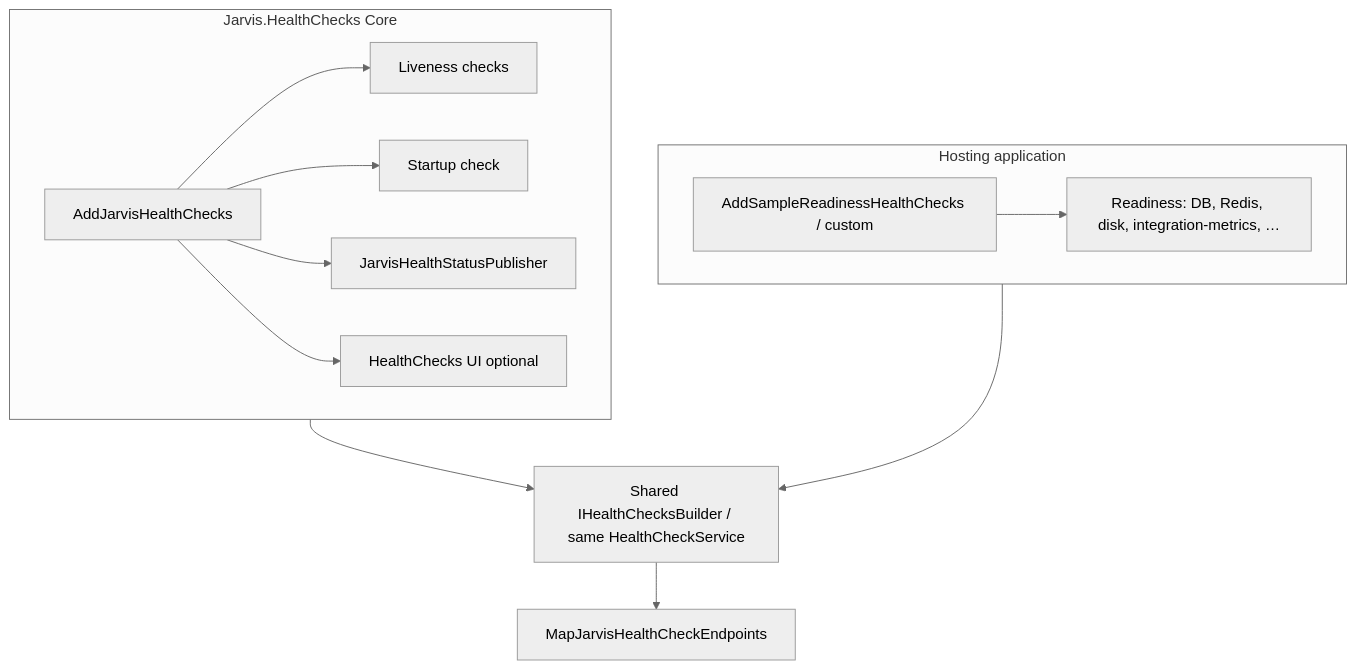
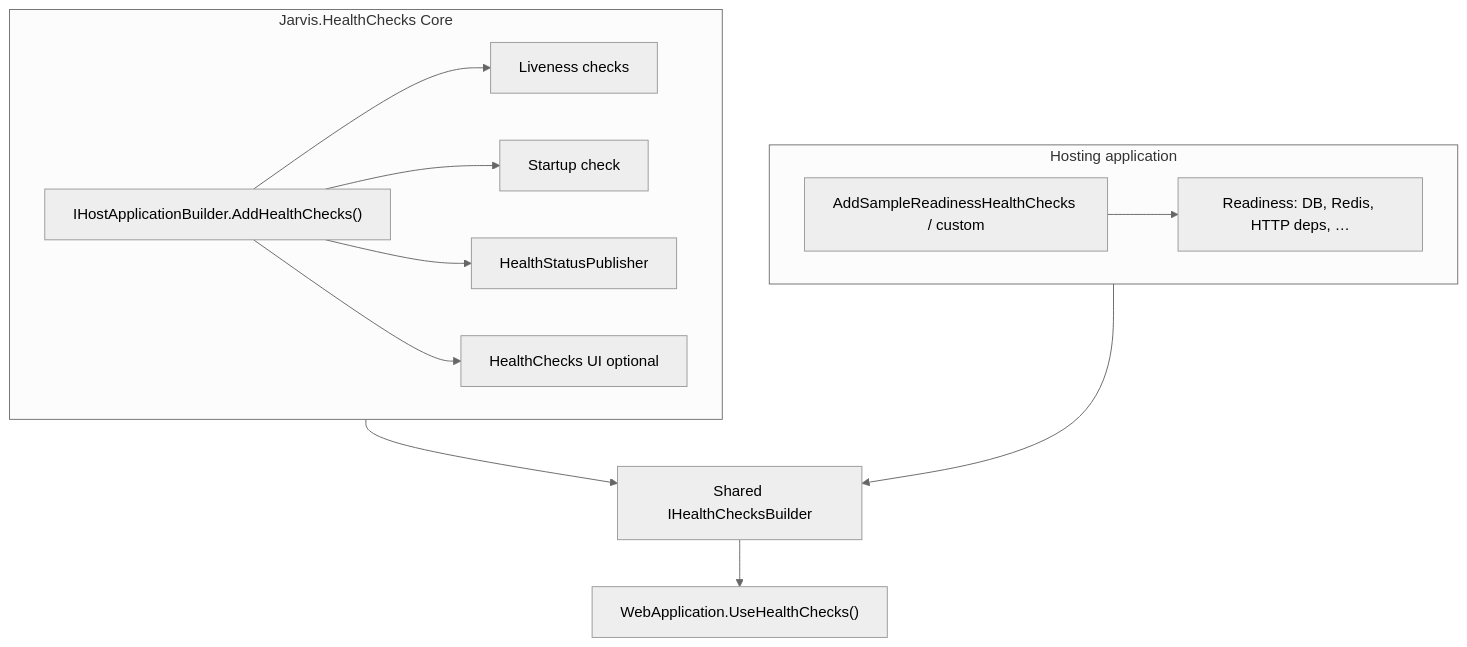
Before and after one commit to hoangnh2412/jarvis: the first of 3 diagrams in docs/healthcheck.md, drawn with Mermaid (neutral theme). The commit also changed other lines of this file and 32 other files, not shown here.

Commit message:
Implement core HealthChecks

````diff
--- a/docs/healthcheck.md
+++ b/docs/healthcheck.md
@@ -19,17 +21,17 @@
 ```mermaid
 flowchart TB
     subgraph Core["Jarvis.HealthChecks Core"]
-        A[AddJarvisHealthChecks]
+        A["IHostApplicationBuilder.AddHealthChecks()"]
         A --> L[Liveness checks]
         A --> S[Startup check]
-        A --> P[JarvisHealthStatusPublisher]
+        A --> P[HealthStatusPublisher]
         A --> UI[HealthChecks UI optional]
     end
     subgraph Host["Hosting application"]
-        H[AddSampleReadinessHealthChecks / custom]
-        H --> R[Readiness: DB, Redis, disk, integration-metrics, …]
+        H["AddSampleReadinessHealthChecks / custom"]
+        H --> R[Readiness: DB, Redis, HTTP deps, …]
     end
-    Core --> Pipe[Shared IHealthChecksBuilder / same HealthCheckService]
+    Core --> Pipe[Shared IHealthChecksBuilder]
     Host --> Pipe
-    Pipe --> EP[MapJarvisHealthCheckEndpoints]
+    Pipe --> EP["WebApplication.UseHealthChecks()"]
 ```
````
